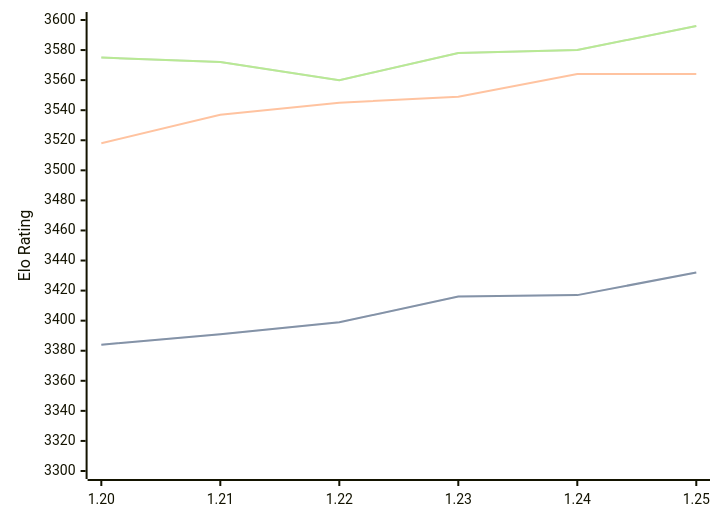
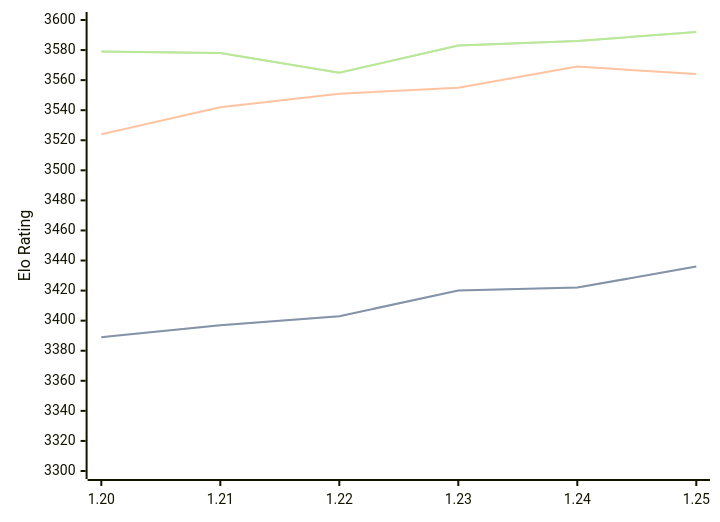
The diagram in engines/Caissa.md (computer-chess-index/cci), drawn with Mermaid before and after one commit. The commit also changed other lines of this file, not shown here.

Commit message:
Update CCI Ratings (ELO VLTC) - 2026-04-14

````diff
--- a/engines/Caissa.md
+++ b/engines/Caissa.md
@@ -65,11 +65,11 @@
 ```mermaid
 %%{init: {"theme":"base","themeVariables":{"seriesColors:['#a3a3a3','#222221','#faa371']}}}%%
 xychart-beta
   x-axis ["1.20", "1.21", "1.22", "1.23", "1.24", "1.25"]
   y-axis "Elo Rating" 3300 --> 3600
-  line "STC (8.0+0.08s)" [3384, 3391, 3399, 3416, 3417, 3432]
-  line "STC (8.0+0.08s)" [3384, 3391, 3399, 3416, 3417, 3432]
-  line "LTC (60.0+0.60s)" [3518, 3537, 3545, 3549, 3564, 3564]
-  line "VLTC (2m24s+1.12s)" [3575, 3572, 3560, 3578, 3580, 3596]
-  line "VLTC (2m24s+1.12s)" [3575, 3572, 3560, 3578, 3580, 3596]
+  line "STC (8.0+0.08s)" [3389, 3397, 3403, 3420, 3422, 3436]
+  line "STC (8.0+0.08s)" [3389, 3397, 3403, 3420, 3422, 3436]
+  line "LTC (60.0+0.60s)" [3524, 3542, 3551, 3555, 3569, 3564]
+  line "VLTC (2m24s+1.12s)" [3579, 3578, 3565, 3583, 3586, 3592]
+  line "VLTC (2m24s+1.12s)" [3579, 3578, 3565, 3583, 3586, 3592]
 ```
````
